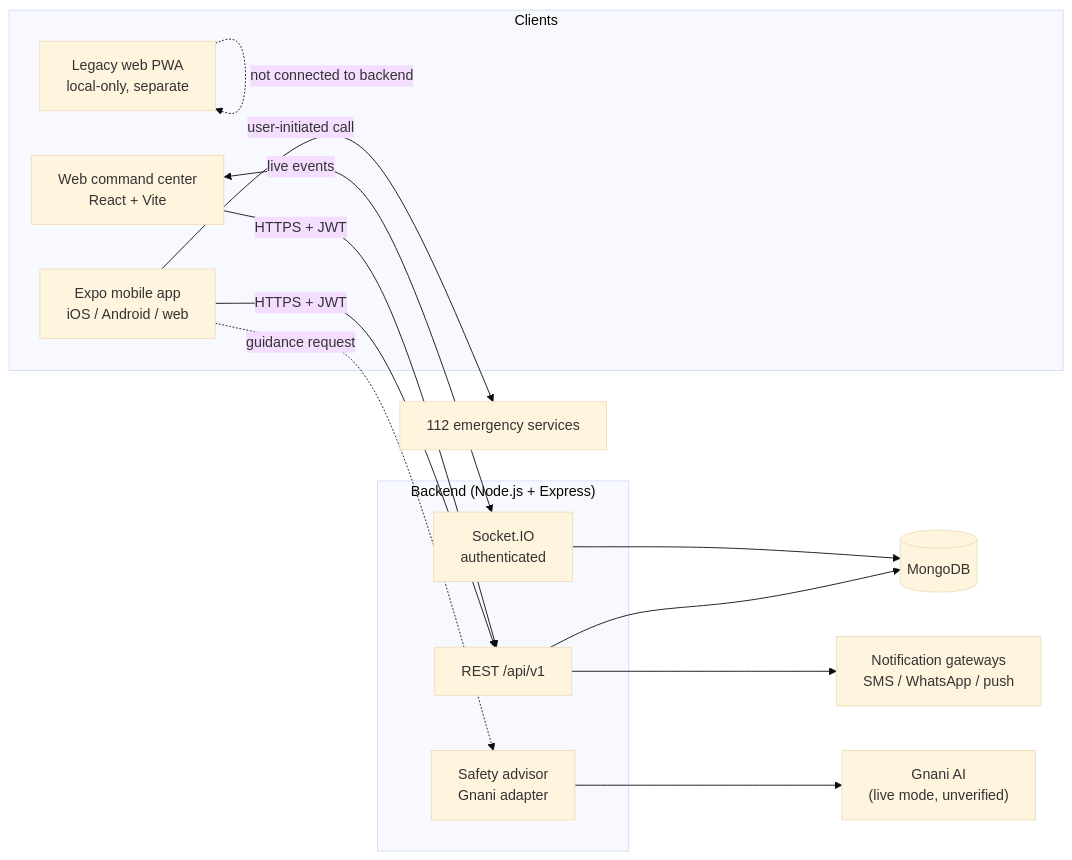
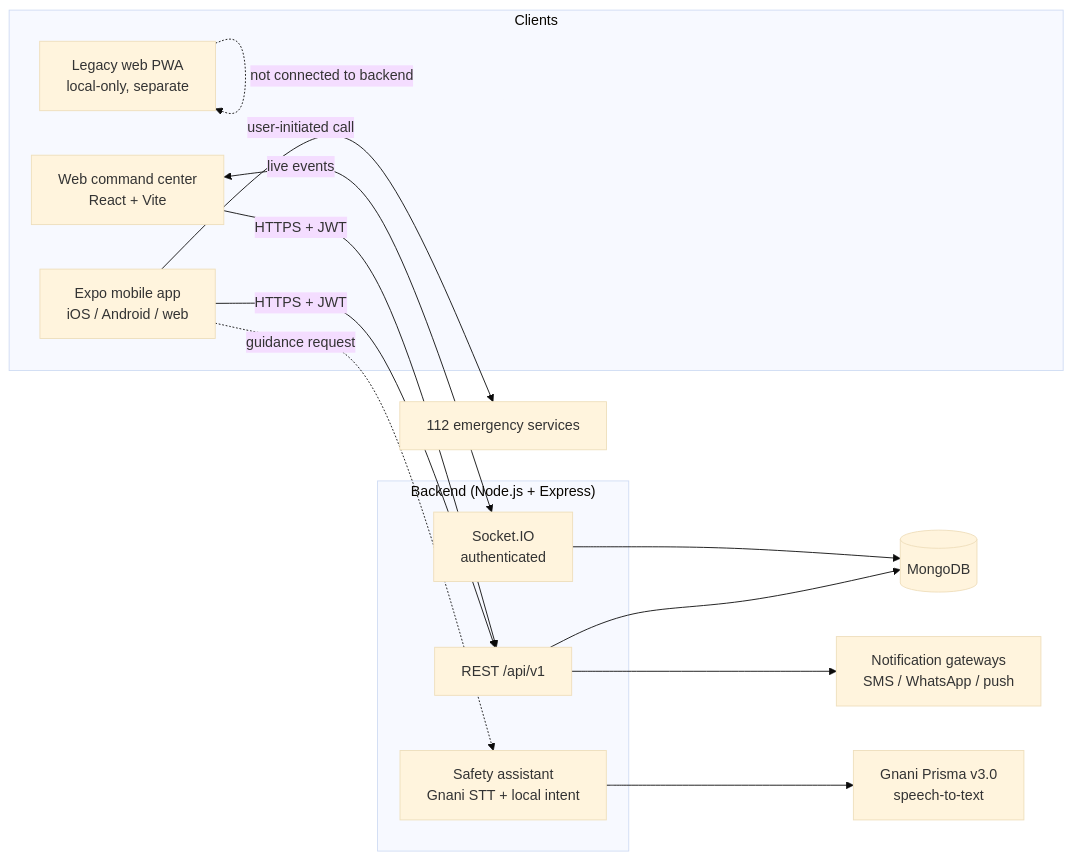
Before and after one commit to deepsingh-co/RakshaNet: the first of 4 diagrams in docs/ARCHITECTURE.md, drawn with Mermaid (base theme). The commit also changed other lines of this file and 26 other files, not shown here.

First line of the commit message:
feat: verify Gnani STT contract and add voice assistant

````diff
--- a/docs/ARCHITECTURE.md
+++ b/docs/ARCHITECTURE.md
@@ -17,30 +17,30 @@
 ```mermaid
 flowchart LR
     subgraph clients["Clients"]
         M["Expo mobile app<br/>iOS / Android / web"]
         D["Web command center<br/>React + Vite"]
         P["Legacy web PWA<br/>local-only, separate"]
     end
 
     subgraph api["Backend (Node.js + Express)"]
         A["REST /api/v1"]
         S["Socket.IO<br/>authenticated"]
-        AI["Safety advisor<br/>Gnani adapter"]
+        AI["Safety assistant<br/>Gnani STT + local intent"]
     end
 
     DB[("MongoDB")]
     NOTIFY["Notification gateways<br/>SMS / WhatsApp / push"]
-    GNANI["Gnani AI<br/>(live mode, unverified)"]
+    GNANI["Gnani Prisma v3.0<br/>speech-to-text"]
     EMERG["112 emergency services"]
 
     M -->|"HTTPS + JWT"| A
     M -.->|"guidance request"| AI
     D -->|"HTTPS + JWT"| A
     D <-->|"live events"| S
     A --> DB
     S --> DB
     AI --> GNANI
     A --> NOTIFY
     M -->|"user-initiated call"| EMERG
     P -.->|"not connected to backend"| P
 ```
````
